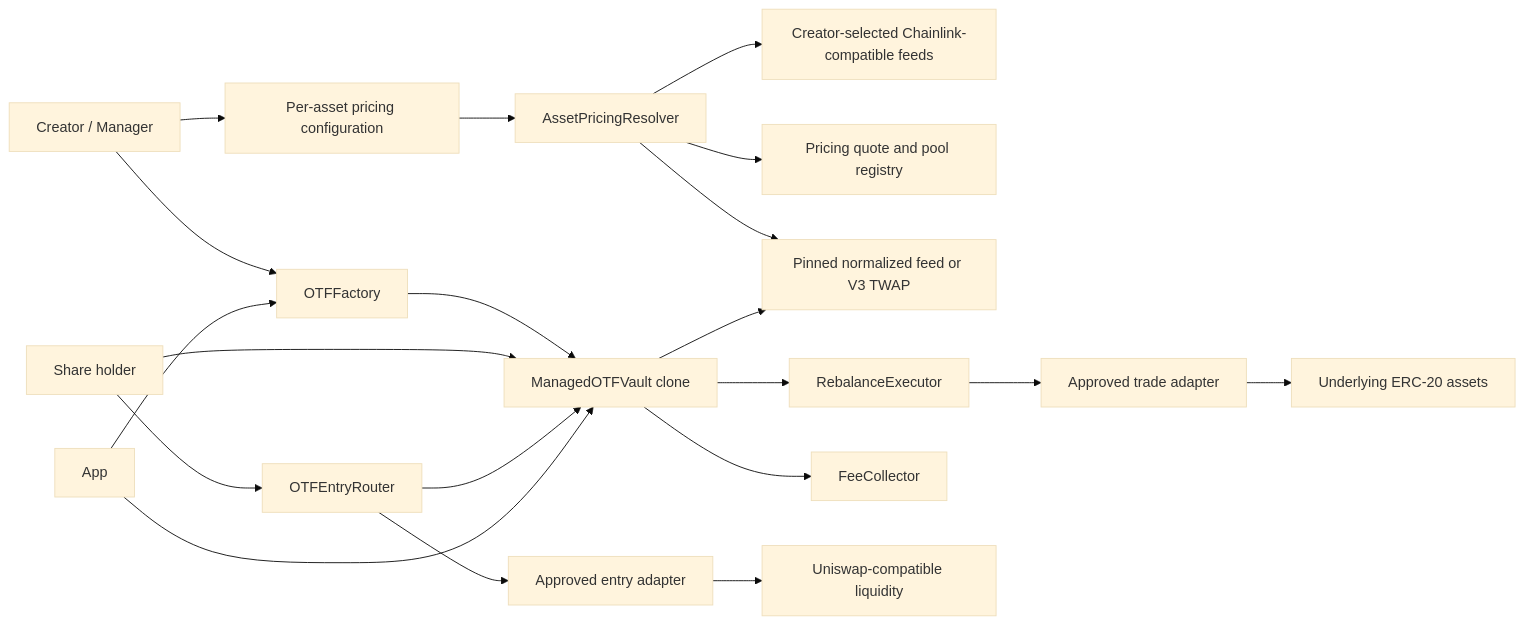
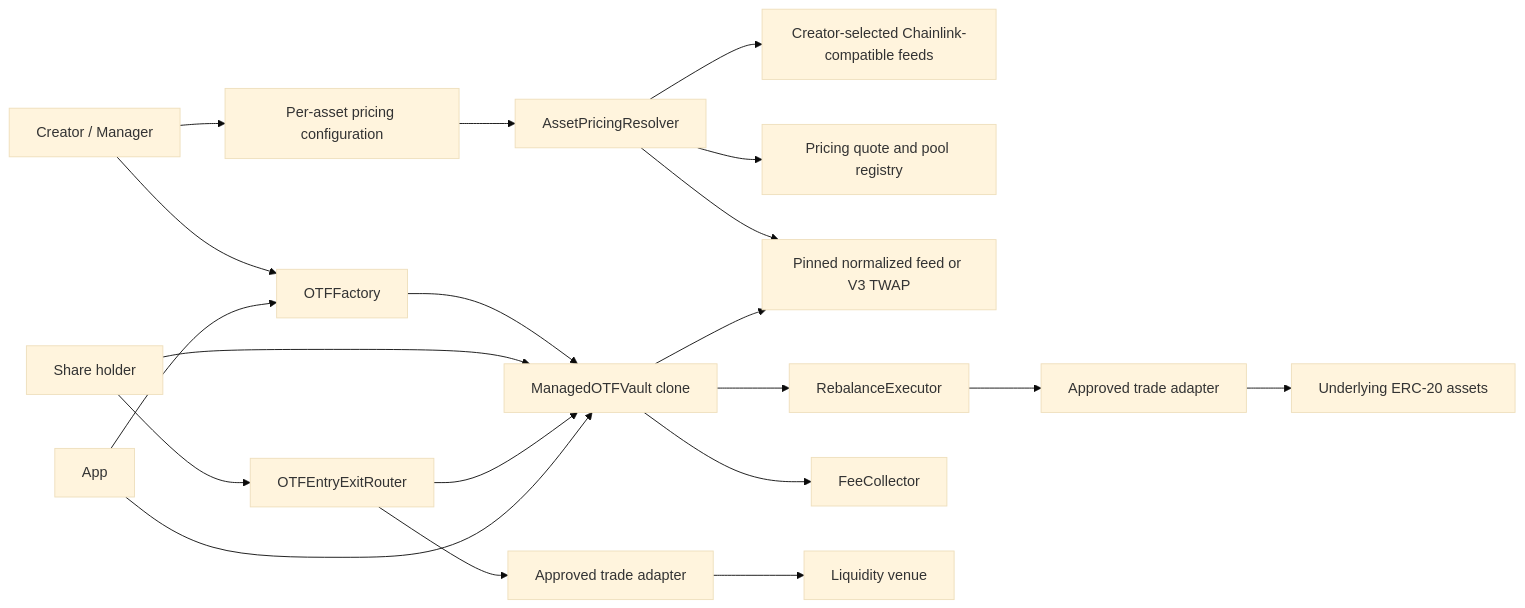
One commit to han1ue/onchaintradedfunds changed the diagram in README.md. Above: the diagram before and after it, drawn with Mermaid (base theme). The commit also changed other lines of this file and 15 other files, not shown here.

````diff
--- a/README.md
+++ b/README.md
@@ -68,22 +68,22 @@
 ```mermaid
 flowchart LR
   Creator[Creator / Manager] --> Factory[OTFFactory]
   Factory --> Clone[ManagedOTFVault clone]
   Creator --> Config[Per-asset pricing configuration]
   Config --> Resolver[AssetPricingResolver]
   Resolver --> Feeds[Creator-selected Chainlink-compatible feeds]
   Resolver --> V3Registry[Pricing quote and pool registry]
   Resolver --> Pinned[Pinned normalized feed or V3 TWAP]
   Clone --> Pinned
   Clone --> Executor[RebalanceExecutor]
   Executor --> Adapter[Approved trade adapter]
   Adapter --> Tokens[Underlying ERC-20 assets]
   Clone --> Collector[FeeCollector]
   User[Share holder] --> Clone
-  User --> EntryRouter[OTFEntryRouter]
-  EntryRouter --> EntryAdapter[Approved entry adapter]
-  EntryAdapter --> Liquidity[Uniswap-compatible liquidity]
+  User --> EntryRouter[OTFEntryExitRouter]
+  EntryRouter --> TradeAdapter[Approved trade adapter]
+  TradeAdapter --> Liquidity[Liquidity venue]
   EntryRouter --> Clone
   App --> Factory
   App --> Clone
 ```
````
